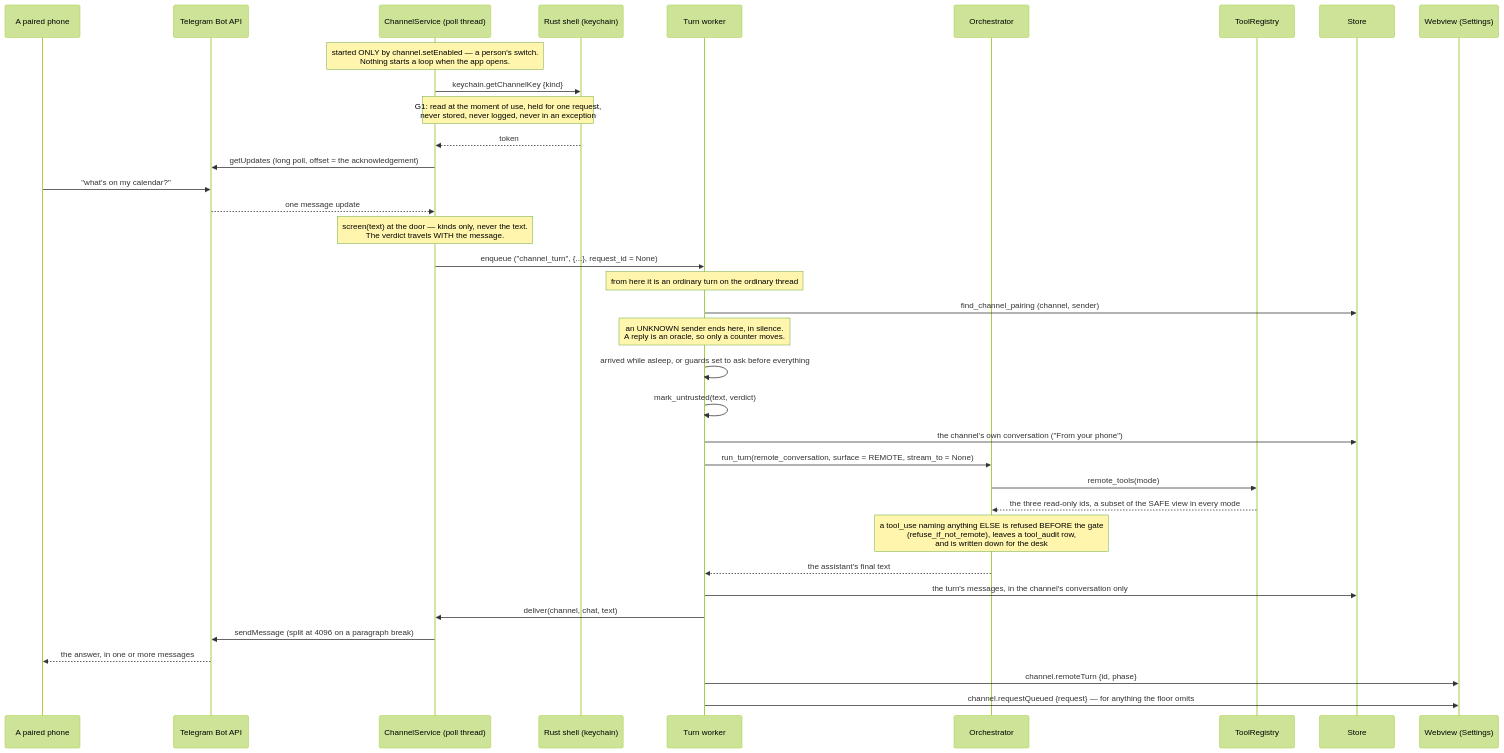
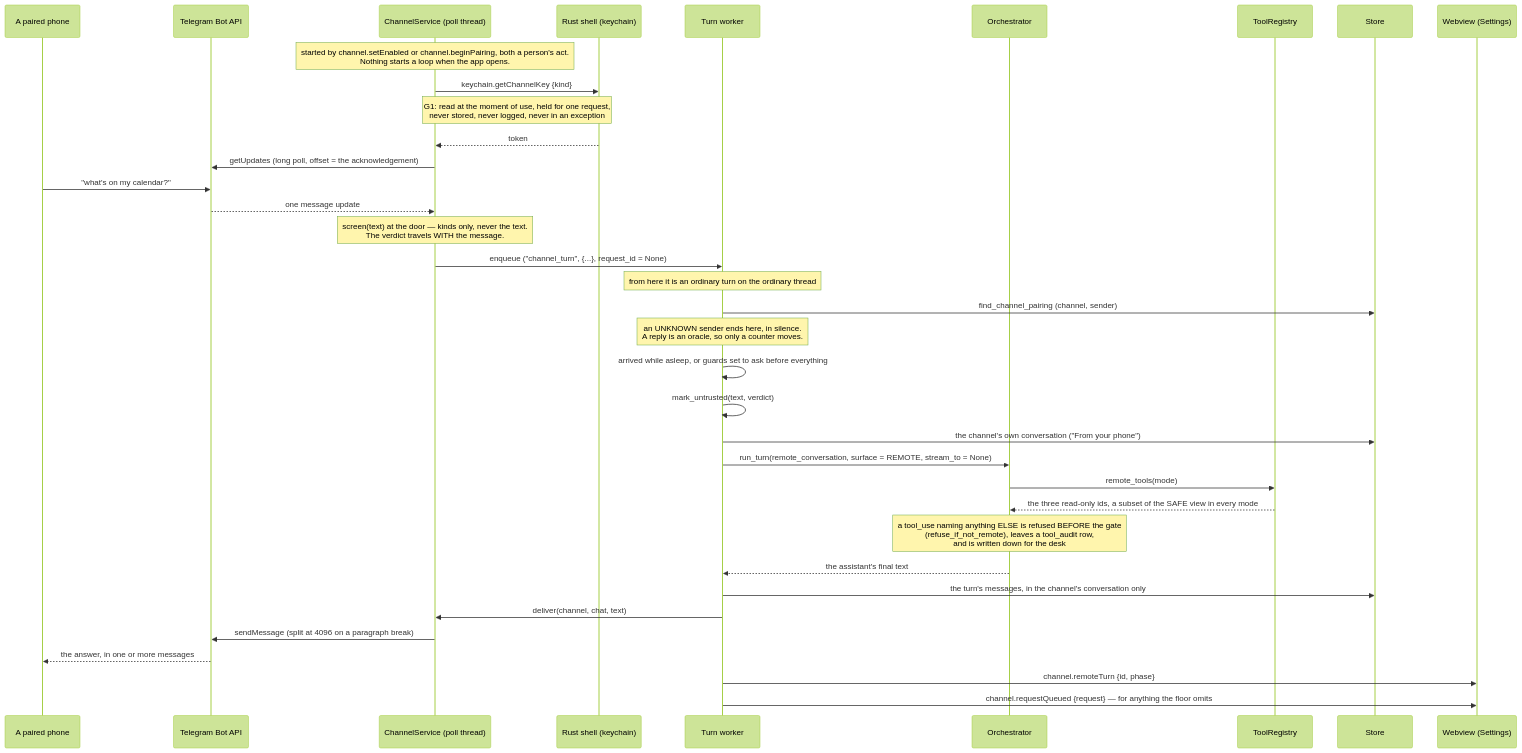
One commit to N041M/Addison changed diagram 17 of 17 in docs/flows.md. Above: the diagram before and after it, drawn with Mermaid (forest theme). The commit also changed 26 other files, not shown here.

````diff
--- a/docs/flows.md
+++ b/docs/flows.md
@@ -792,40 +792,40 @@
 ```mermaid
 sequenceDiagram
     participant PH as A paired phone
     participant TG as Telegram Bot API
     participant CS as ChannelService (poll thread)
     participant SH as Rust shell (keychain)
     participant WK as Turn worker
     participant ORC as Orchestrator
     participant REG as ToolRegistry
     participant ST as Store
     participant WV as Webview (Settings)
 
-    Note over CS: started ONLY by channel.setEnabled — a person's switch.<br/>Nothing starts a loop when the app opens.
+    Note over CS: started by channel.setEnabled or channel.beginPairing, both a person's act.<br/>Nothing starts a loop when the app opens.
     CS->>SH: keychain.getChannelKey {kind}
     Note over SH,CS: G1: read at the moment of use, held for one request,<br/>never stored, never logged, never in an exception
     SH-->>CS: token
     CS->>TG: getUpdates (long poll, offset = the acknowledgement)
     PH->>TG: "what's on my calendar?"
     TG-->>CS: one message update
     Note over CS: screen(text) at the door — kinds only, never the text.<br/>The verdict travels WITH the message.
     CS->>WK: enqueue ("channel_turn", {...}, request_id = None)
 
     Note over WK: from here it is an ordinary turn on the ordinary thread
     WK->>ST: find_channel_pairing (channel, sender)
     Note over WK: an UNKNOWN sender ends here, in silence.<br/>A reply is an oracle, so only a counter moves.
     WK->>WK: arrived while asleep, or guards set to ask before everything
     WK->>WK: mark_untrusted(text, verdict)
     WK->>ST: the channel's own conversation ("From your phone")
     WK->>ORC: run_turn(remote_conversation, surface = REMOTE, stream_to = None)
     ORC->>REG: remote_tools(mode)
     REG-->>ORC: the three read-only ids, a subset of the SAFE view in every mode
     Note over ORC: a tool_use naming anything ELSE is refused BEFORE the gate<br/>(refuse_if_not_remote), leaves a tool_audit row,<br/>and is written down for the desk
     ORC-->>WK: the assistant's final text
     WK->>ST: the turn's messages, in the channel's conversation only
     WK->>CS: deliver(channel, chat, text)
     CS->>TG: sendMessage (split at 4096 on a paragraph break)
     TG-->>PH: the answer, in one or more messages
     WK->>WV: channel.remoteTurn {id, phase}
     WK->>WV: channel.requestQueued {request} — for anything the floor omits
 ```
````
